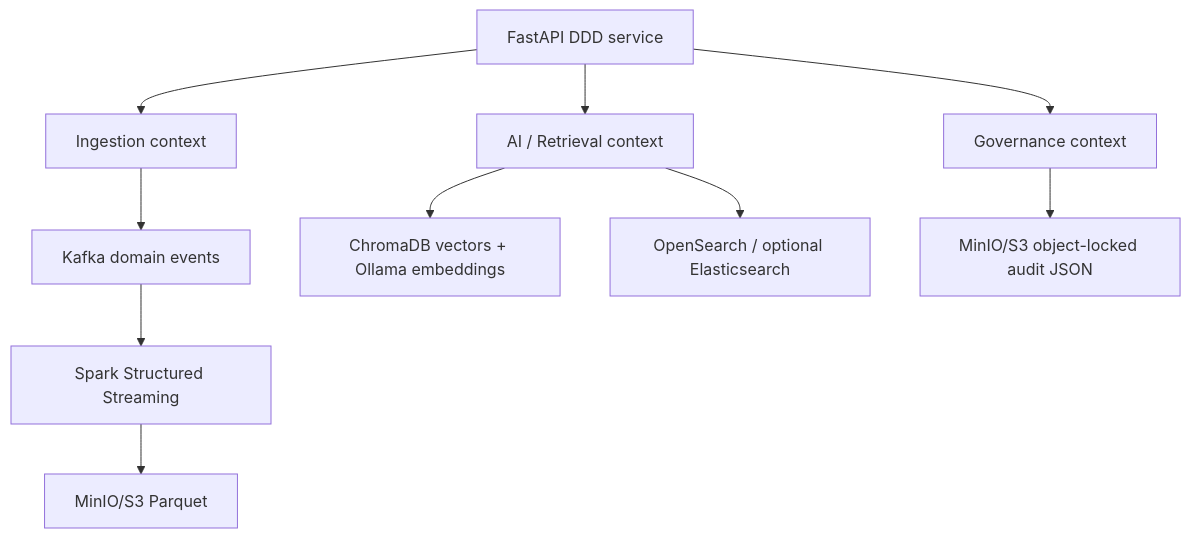
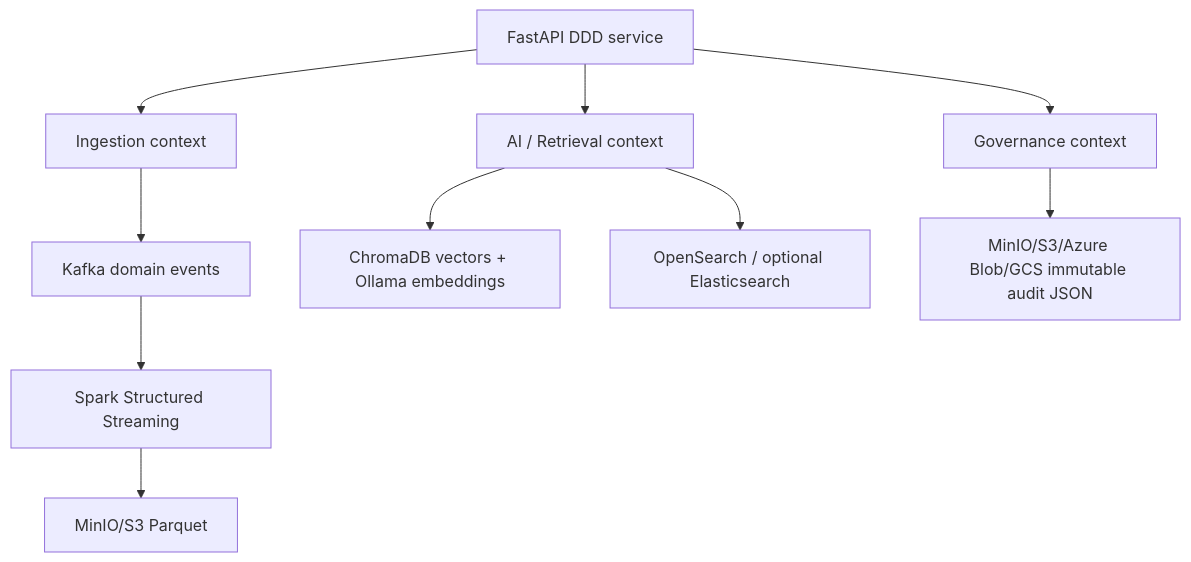
The fifth of 12 diagrams in docs/TOGAF_Architecture_Definition.md (amazen33/omni-stream-RAG-mesh), drawn with Mermaid before and after one commit. The commit also changed other lines of this file, not shown here.

Commit message:
Update docs/TOGAF_Architecture_Definition.md - 2026-09-20 19:04

````diff
--- a/docs/TOGAF_Architecture_Definition.md
+++ b/docs/TOGAF_Architecture_Definition.md
@@ -179,12 +207,12 @@
 ```mermaid
 flowchart TB
     API[FastAPI DDD service] --> Ingest[Ingestion context]
     API --> AI[AI / Retrieval context]
     API --> Gov[Governance context]
     Ingest --> Events[Kafka domain events]
     AI --> Vector[ChromaDB vectors + Ollama embeddings]
     AI --> Search[OpenSearch / optional Elasticsearch]
-    Gov --> Audit[MinIO/S3 object-locked audit JSON]
+    Gov --> Audit[MinIO/S3/Azure Blob/GCS immutable audit JSON]
     Events --> Stream[Spark Structured Streaming]
     Stream --> Parquet[MinIO/S3 Parquet]
 ```
````
